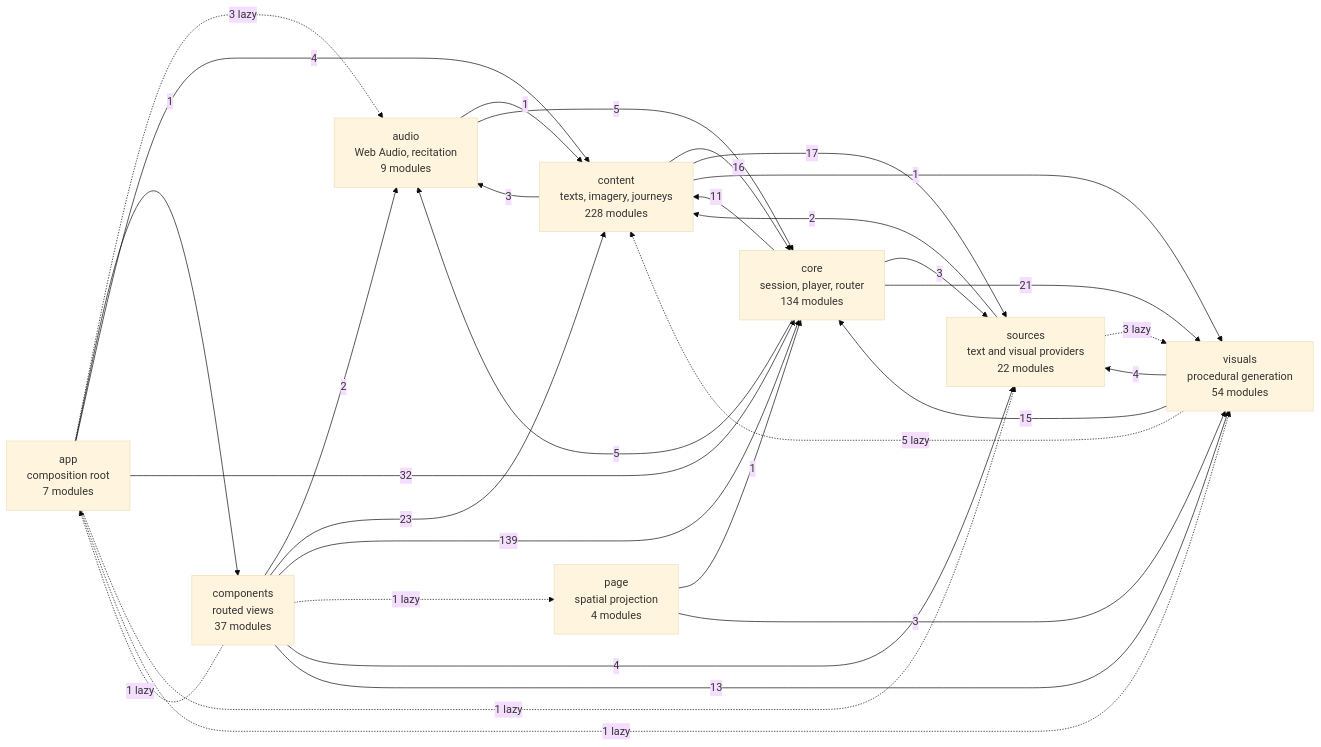
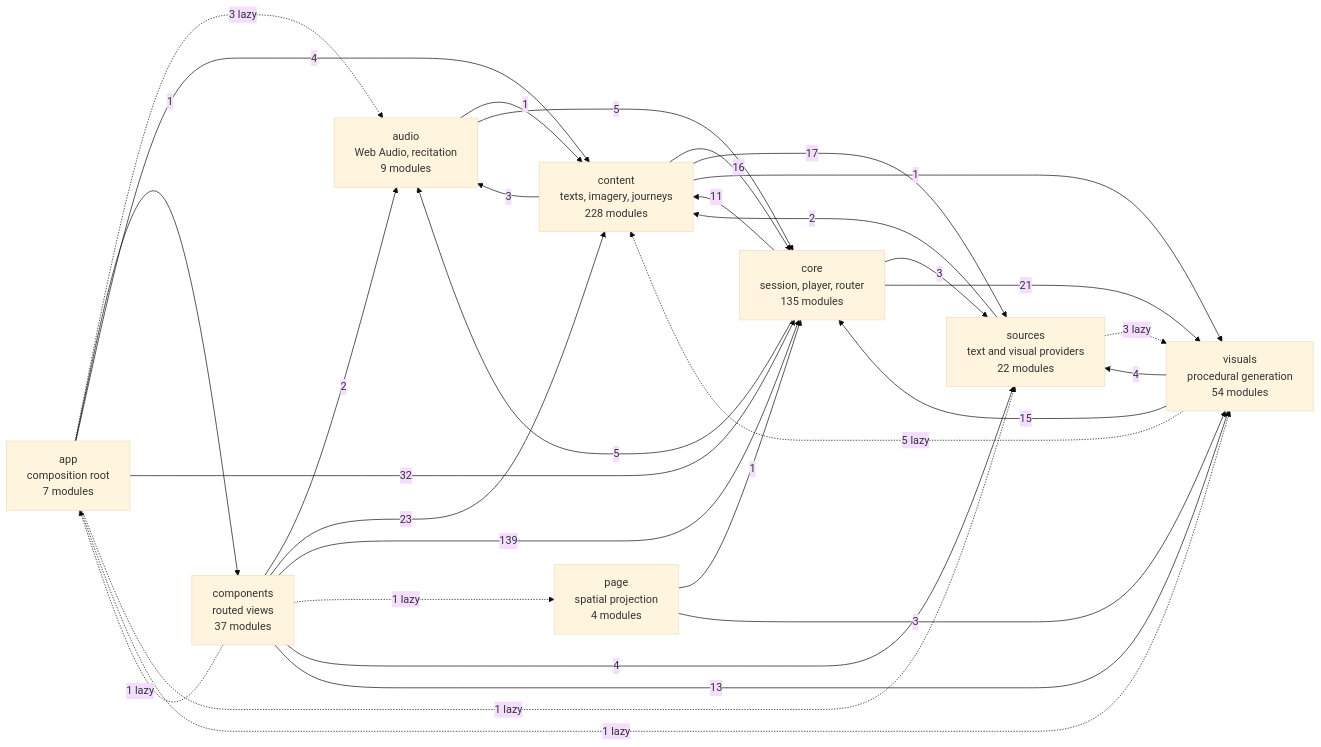
One commit to SyberLabs/RISE changed the diagram in docs/specs/ARCHITECTURE.md. Above: the diagram before and after it, drawn with Mermaid (base theme). The commit also changed other lines of this file and 2 other files, not shown here.

Commit message:
Count personal words with the chunker and document the Create room
Claude-Session: https://claude.ai/code/session_01WCBPgyCeD4fnskMnuuQRKp

````diff
--- a/docs/specs/ARCHITECTURE.md
+++ b/docs/specs/ARCHITECTURE.md
@@ -160,42 +160,42 @@
 ```mermaid
 flowchart LR
     app["app<br/>composition root<br/>7 modules"]
     audio["audio<br/>Web Audio, recitation<br/>9 modules"]
     components["components<br/>routed views<br/>37 modules"]
     content["content<br/>texts, imagery, journeys<br/>228 modules"]
-    core["core<br/>session, player, router<br/>134 modules"]
+    core["core<br/>session, player, router<br/>135 modules"]
     page["page<br/>spatial projection<br/>4 modules"]
     sources["sources<br/>text and visual providers<br/>22 modules"]
     visuals["visuals<br/>procedural generation<br/>54 modules"]
 
     app -.-> |3 lazy| audio
     app --> |1| components
     app --> |4| content
     app --> |32| core
     app -.-> |1 lazy| sources
     app -.-> |1 lazy| visuals
     audio --> |1| content
     audio --> |5| core
     components -.-> |1 lazy| app
     components --> |2| audio
     components --> |23| content
     components --> |139| core
     components -.-> |1 lazy| page
     components --> |4| sources
     components --> |13| visuals
     content --> |3| audio
     content --> |16| core
     content --> |17| sources
     content --> |1| visuals
     core --> |5| audio
     core --> |11| content
     core --> |3| sources
     core --> |21| visuals
     page --> |1| core
     page --> |3| visuals
     sources --> |2| content
     sources -.-> |3 lazy| visuals
     visuals -.-> |5 lazy| content
     visuals --> |15| core
     visuals --> |4| sources
 ```
````
